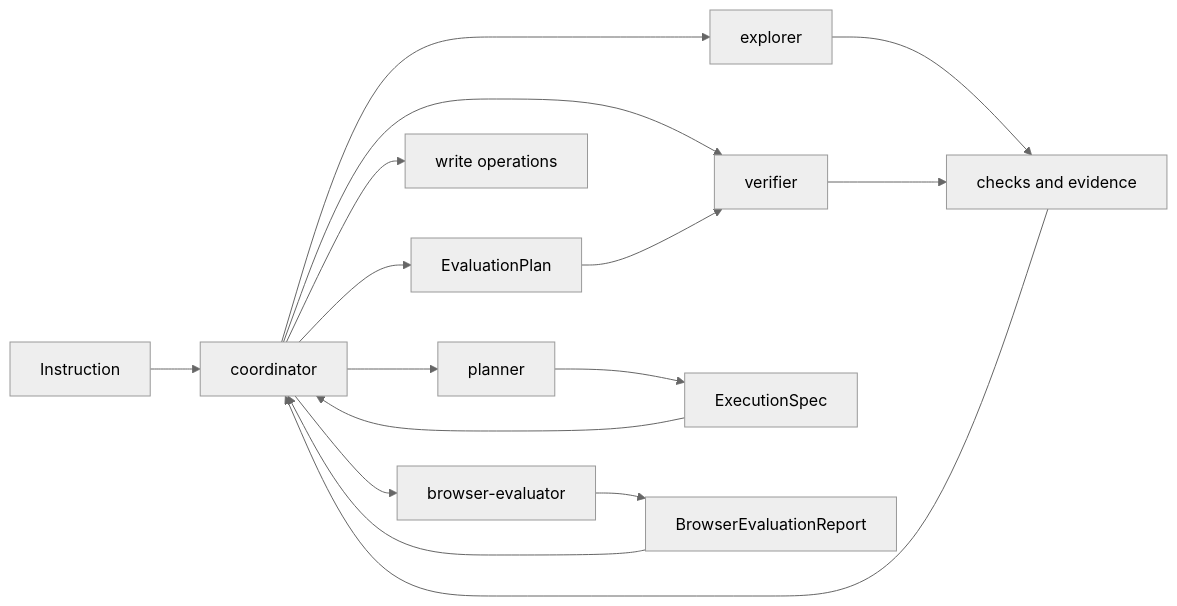
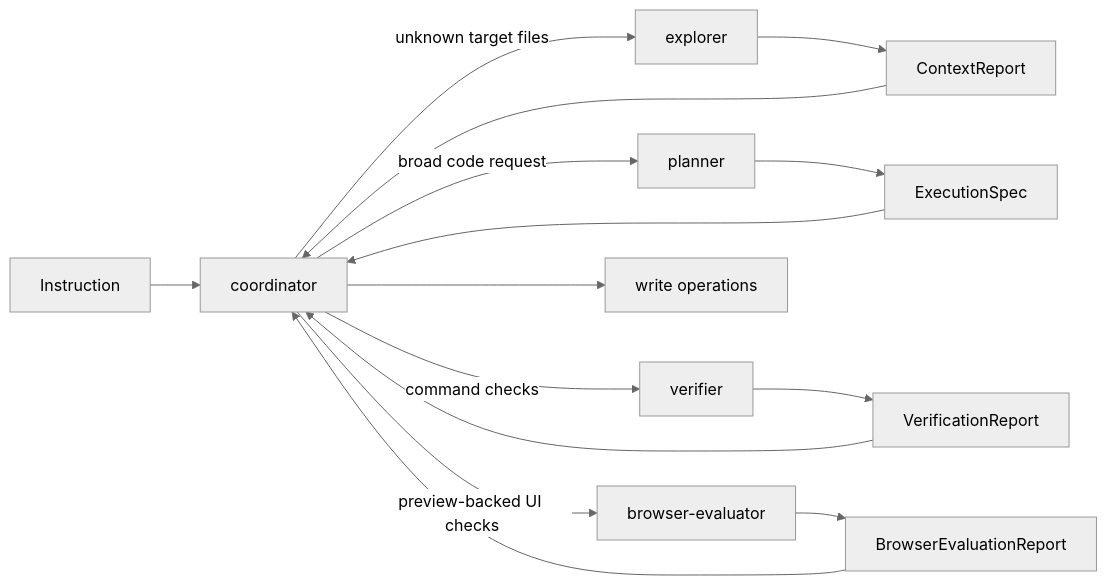
The diagram in shipyard/src/agents/README.md (thisisyoussef/shipyard), drawn with Mermaid (neutral theme) before and after one commit. The commit also changed other lines of this file and 21 other files, not shown here.

First line of the commit message:
docs: refresh runtime architecture guides

````diff
--- a/shipyard/src/agents/README.md
+++ b/shipyard/src/agents/README.md
@@ -31,30 +29,29 @@
 ```mermaid
 flowchart LR
   Instruction["Instruction"]
   Coordinator["coordinator"]
   Explorer["explorer"]
   Planner["planner"]
   Verifier["verifier"]
   BrowserEval["browser-evaluator"]
+  Context["ContextReport"]
+  Spec["ExecutionSpec"]
+  Verify["VerificationReport"]
+  Browser["BrowserEvaluationReport"]
   Writes["write operations"]
-  Checks["checks and evidence"]
-  Spec["ExecutionSpec"]
-  Eval["EvaluationPlan"]
-  BrowserEvidence["BrowserEvaluationReport"]
 
   Instruction --> Coordinator
-  Coordinator --> Explorer
-  Coordinator --> Planner
-  Coordinator --> Verifier
-  Coordinator --> BrowserEval
-  Coordinator --> Writes
-  Explorer --> Checks
+  Coordinator -->|unknown target files| Explorer
+  Explorer --> Context
+  Context --> Coordinator
+  Coordinator -->|broad code request| Planner
   Planner --> Spec
   Spec --> Coordinator
-  Coordinator --> Eval
-  Eval --> Verifier
-  Verifier --> Checks
-  BrowserEval --> BrowserEvidence
-  BrowserEvidence --> Coordinator
-  Checks --> Coordinator
+  Coordinator --> Writes
+  Coordinator -->|command checks| Verifier
+  Verifier --> Verify
+  Verify --> Coordinator
+  Coordinator -->|preview-backed UI checks| BrowserEval
+  BrowserEval --> Browser
+  Browser --> Coordinator
 ```
````
